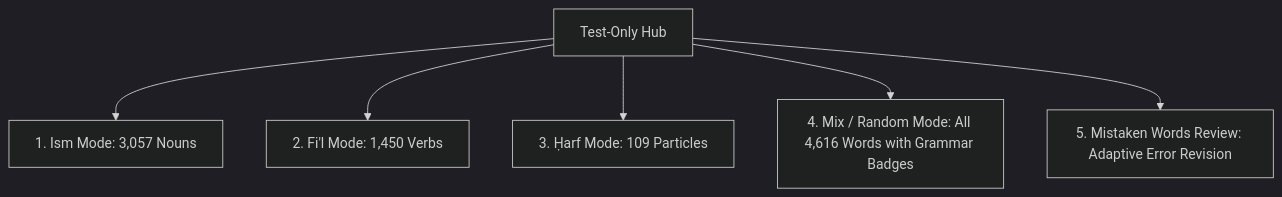
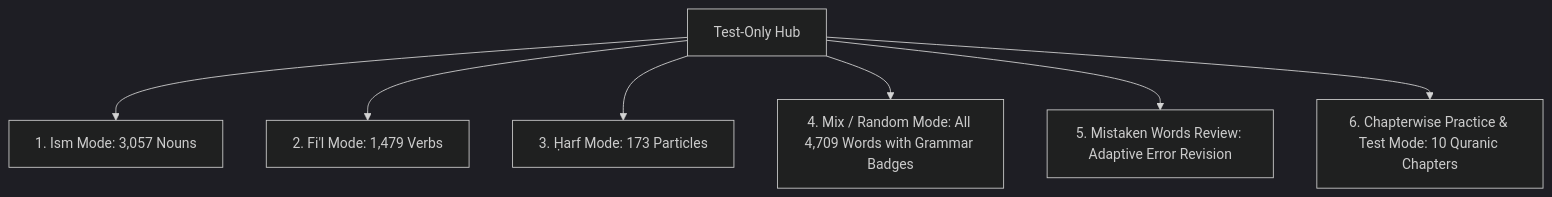
One commit to deanybytes/QuranicWords changed the second of 3 diagrams in docs/USER_FLOWS.md. Above: the diagram before and after it, drawn with Mermaid (dark theme). The commit also changed other lines of this file and 13 other files, not shown here.

````diff
--- a/docs/USER_FLOWS.md
+++ b/docs/USER_FLOWS.md
@@ -46,8 +46,9 @@
 ```mermaid
 flowchart TD
     TestHome[Test-Only Hub] --> Mode1[1. Ism Mode: 3,057 Nouns]
-    TestHome --> Mode2[2. Fi'l Mode: 1,450 Verbs]
-    TestHome --> Mode3[3. Ḥarf Mode: 109 Particles]
-    TestHome --> Mode4[4. Mix / Random Mode: All 4,616 Words with Grammar Badges]
+    TestHome --> Mode2[2. Fi'l Mode: 1,479 Verbs]
+    TestHome --> Mode3[3. Ḥarf Mode: 173 Particles]
+    TestHome --> Mode4[4. Mix / Random Mode: All 4,709 Words with Grammar Badges]
     TestHome --> Mode5[5. Mistaken Words Review: Adaptive Error Revision]
+    TestHome --> Mode6[6. Chapterwise Practice & Test Mode: 10 Quranic Chapters]
 ```
````
